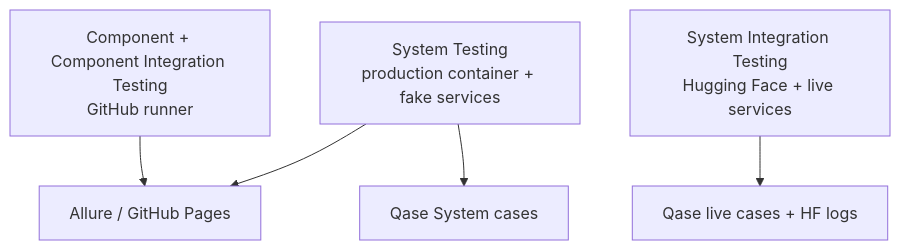
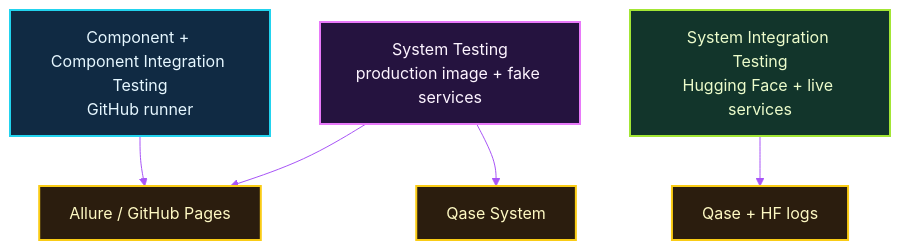
The second of 2 diagrams in README.md (michalmarczuk/event-agent), drawn with Mermaid before and after one commit. The commit also changed other lines of this file and 11 other files, not shown here.

Commit message:
Replace architecture PNGs with maintainable Mermaid diagrams

````diff
--- a/README.md
+++ b/README.md
@@ -66,7 +76,17 @@
 ```mermaid
+%%{init: {'theme': 'base', 'themeVariables': {'background': '#07111f', 'primaryColor': '#102a43', 'primaryTextColor': '#e6f7ff', 'primaryBorderColor': '#22d3ee', 'secondaryColor': '#25133f', 'tertiaryColor': '#12352b', 'lineColor': '#a855f7', 'fontFamily': 'ui-sans-serif, system-ui'}}}%%
 flowchart TB
     component["Component + Component Integration Testing\nGitHub runner"] --> allure["Allure / GitHub Pages"]
-    system["System Testing\nproduction container + fake services"] --> allure
-    system --> qase["Qase System cases"]
-    live["System Integration Testing\nHugging Face + live services"] --> qase_live["Qase live cases + HF logs"]
+    system["System Testing\nproduction image + fake services"] --> allure
+    system --> qase["Qase System"]
+    live["System Integration Testing\nHugging Face + live services"] --> qase_live["Qase + HF logs"]
+
+    classDef ci fill:#102a43,stroke:#22d3ee,color:#e6f7ff,stroke-width:2px;
+    classDef violet fill:#25133f,stroke:#e879f9,color:#fdf4ff,stroke-width:2px;
+    classDef lime fill:#12352b,stroke:#a3e635,color:#ecfccb,stroke-width:2px;
+    classDef report fill:#2b1d0e,stroke:#facc15,color:#fef9c3,stroke-width:2px;
+    class component ci;
+    class system violet;
+    class live lime;
+    class allure,qase,qase_live report;
 ```
````
